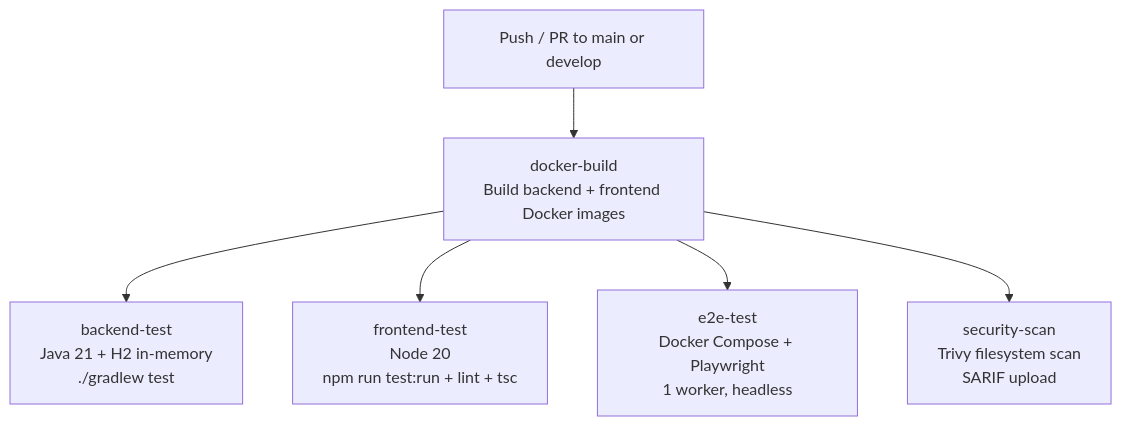
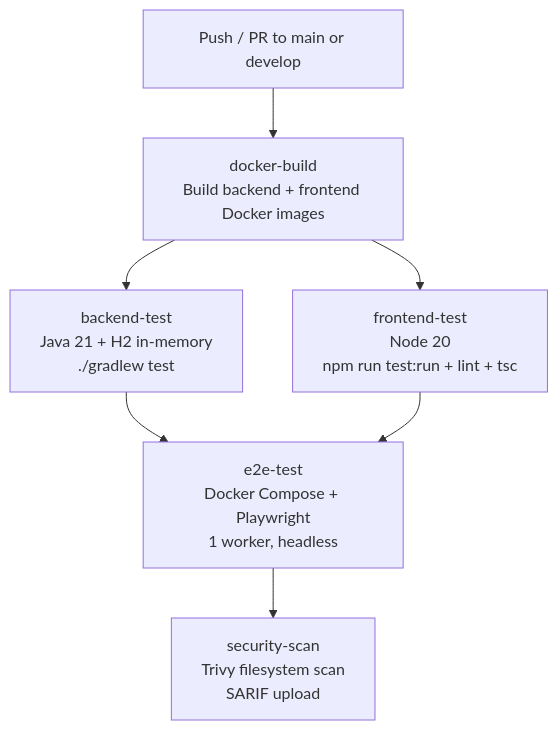
One commit to kattelsameer/finance-tracker changed the diagram in docs/testing/TESTING_GUIDE.md. Above: the diagram before and after it, drawn with Mermaid. The commit also changed other lines of this file and 10 other files, not shown here.

Commit message:
docs: fix CI pipeline diagram, routing diagram, ProfilePage route, CSRF docs, cookie attributes, add Login endpoint, update dates

````diff
--- a/docs/testing/TESTING_GUIDE.md
+++ b/docs/testing/TESTING_GUIDE.md
@@ -233,15 +233,16 @@
 ```mermaid
 graph TD
     Trigger["Push / PR to main or develop"]
     Build["docker-build<br/>Build backend + frontend Docker images"]
     BTest["backend-test<br/>Java 21 + H2 in-memory<br/>./gradlew test"]
     FTest["frontend-test<br/>Node 20<br/>npm run test:run + lint + tsc"]
     E2E["e2e-test<br/>Docker Compose + Playwright<br/>1 worker, headless"]
     Sec["security-scan<br/>Trivy filesystem scan<br/>SARIF upload"]
 
     Trigger --> Build
     Build --> BTest
     Build --> FTest
-    Build --> E2E
-    Build --> Sec
+    BTest --> E2E
+    FTest --> E2E
+    E2E --> Sec
 ```
````
